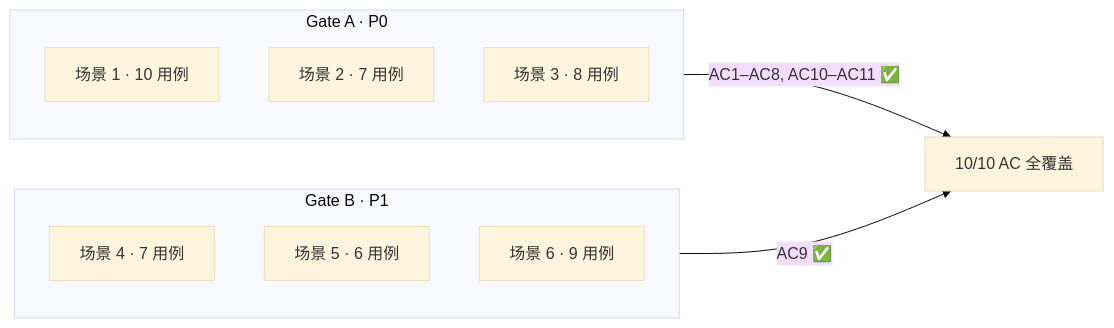
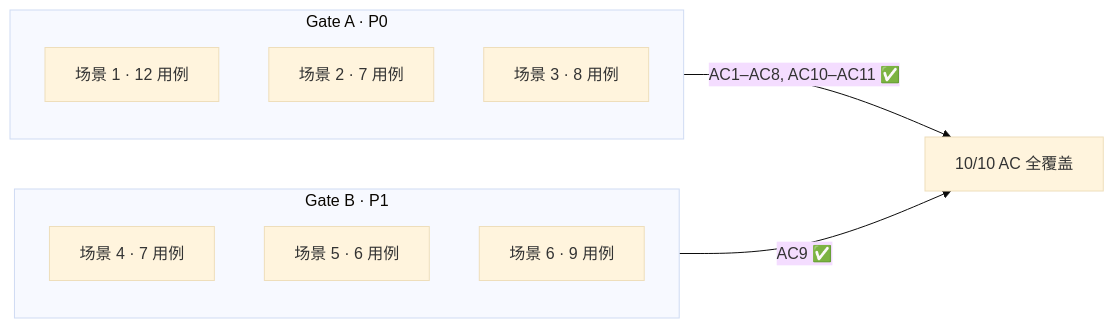
One commit to effiy/YiWeb changed the eighth of 8 diagrams in docs/故事任务面板/aicr/测试设计.md. Above: the diagram before and after it, drawn with Mermaid (base theme). The commit also changed other lines of this file and 5 other files, not shown here.

````diff
--- a/docs/故事任务面板/aicr/测试设计.md
+++ b/docs/故事任务面板/aicr/测试设计.md
@@ -337,17 +501,17 @@
 ```mermaid
 flowchart LR
     subgraph GA["Gate A · P0"]
         direction TB
-        A1["场景 1 · 10 用例"]
+        A1["场景 1 · 12 用例"]
         A2["场景 2 · 7 用例"]
         A3["场景 3 · 8 用例"]
     end
     subgraph GB["Gate B · P1"]
         direction TB
         B1["场景 4 · 7 用例"]
         B2["场景 5 · 6 用例"]
         B3["场景 6 · 9 用例"]
     end
     GA -->|"AC1–AC8, AC10–AC11 ✅"| DONE["10/10 AC 全覆盖"]
     GB -->|"AC9 ✅"| DONE
 ```
````
